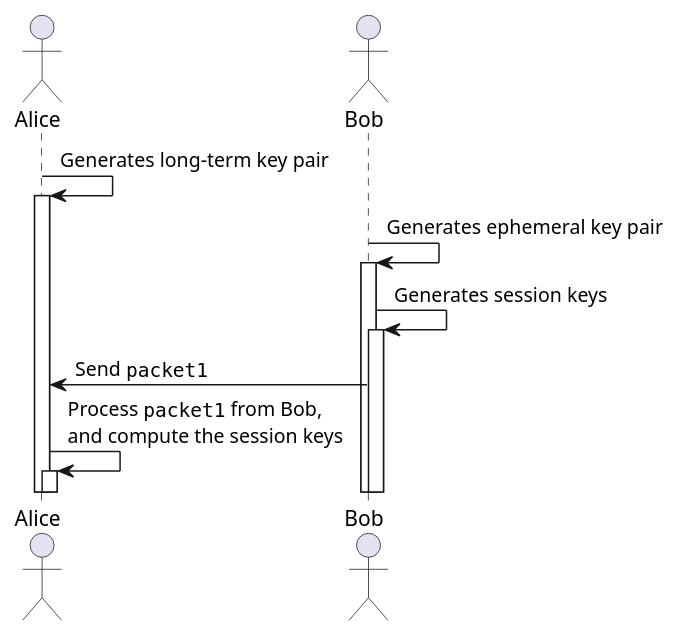
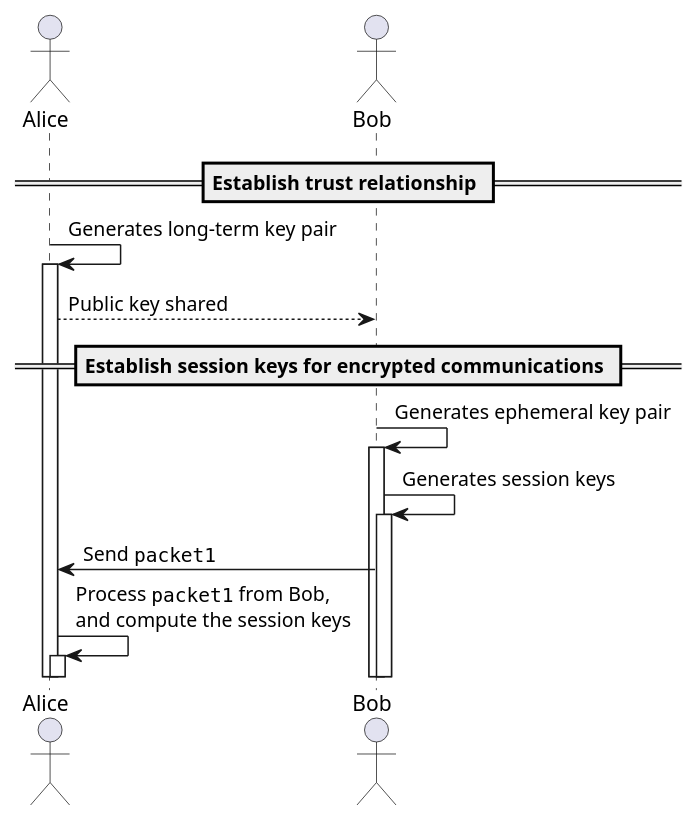
Before and after one commit to ConfiguredThings/libhydrogen-wasm: the diagram in src/documentation/puml/crypt/kx_n.puml, drawn with PlantUML. The commit also changed 5 other files, not shown here.

```diff
--- a/src/documentation/puml/crypt/kx_n.puml
+++ b/src/documentation/puml/crypt/kx_n.puml
@@ -1,13 +1,16 @@
 @startuml
 actor Alice
 actor Bob
+== Establish trust relationship ==
 Alice -> Alice: Generates long-term key pair
 activate Alice
+Alice --> Bob: Public key shared
+== Establish session keys for encrypted communications ==
 Bob -> Bob: Generates ephemeral key pair
 activate Bob
 Bob -> Bob: Generates session keys
 activate Bob
 Bob -> Alice: Send ""packet1""
 Alice -> Alice: Process ""packet1"" from Bob,\nand compute the session keys
 activate Alice
 @enduml
```
